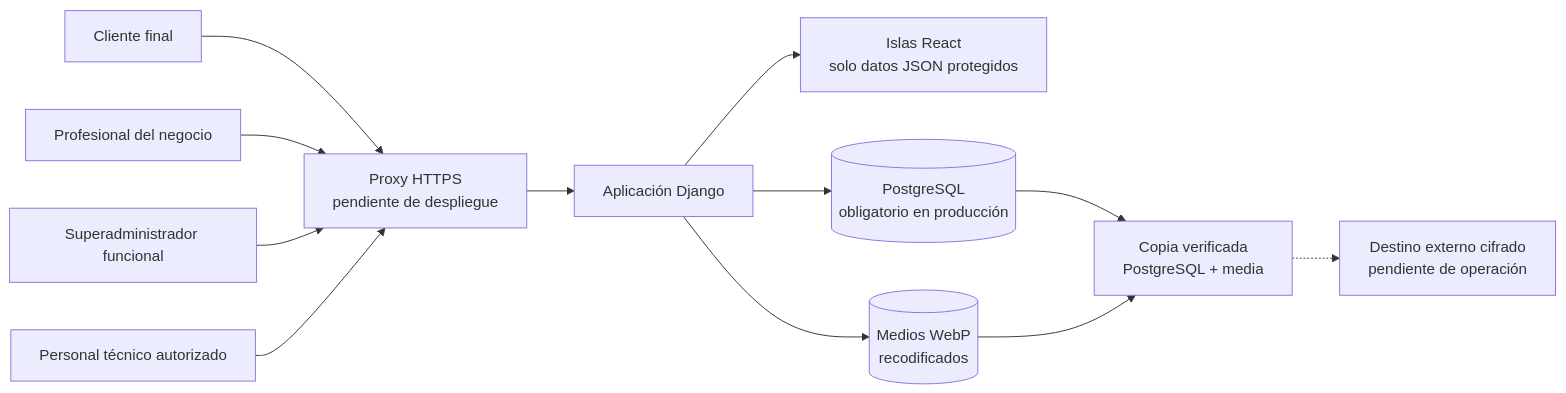
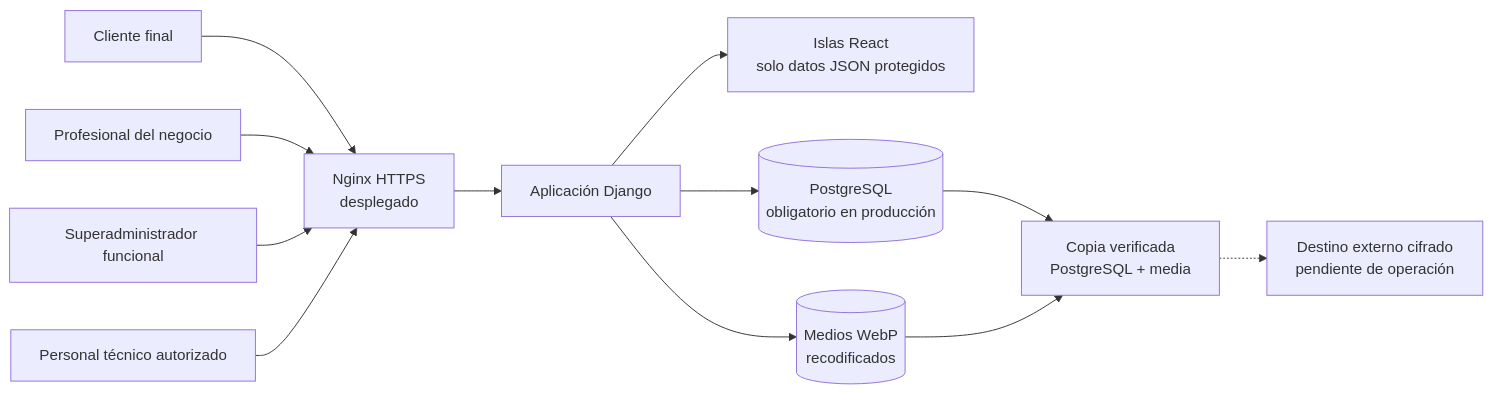
The diagram in docs/SEGURIDAD_Y_PROTECCION_DE_DATOS.md (fjbravo75/agendasalon), drawn with Mermaid before and after one commit. The commit also changed other lines of this file and 8 other files, not shown here.

````diff
--- a/docs/SEGURIDAD_Y_PROTECCION_DE_DATOS.md
+++ b/docs/SEGURIDAD_Y_PROTECCION_DE_DATOS.md
@@ -25,26 +25,26 @@
 ```mermaid
 flowchart LR
     C["Cliente final"]
     P["Profesional del negocio"]
     S["Superadministrador funcional"]
     T["Personal técnico autorizado"]
-    E["Proxy HTTPS<br/>pendiente de despliegue"]
+    E["Nginx HTTPS<br/>desplegado"]
     D["Aplicación Django"]
     R["Islas React<br/>solo datos JSON protegidos"]
     DB[("PostgreSQL<br/>obligatorio en producción")]
     M[("Medios WebP<br/>recodificados")]
     B["Copia verificada<br/>PostgreSQL + media"]
     X["Destino externo cifrado<br/>pendiente de operación"]
 
     C --> E
     P --> E
     S --> E
     T --> E
     E --> D
     D --> R
     D --> DB
     D --> M
     DB --> B
     M --> B
     B -.-> X
 ```
````
